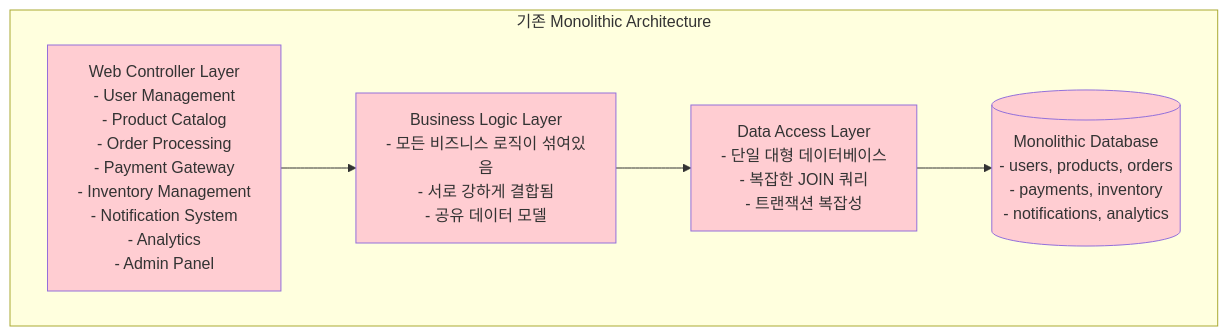
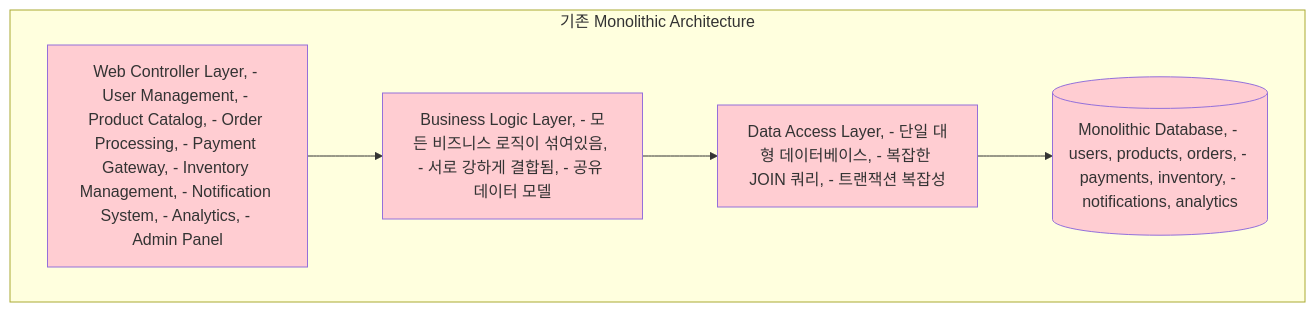
One commit to choru-k/choru-wiki changed the first of 2 diagrams in docs/cs/guide/chapter-16-system-design-patterns/01-microservices-architecture.md. Above: the diagram before and after it, drawn with Mermaid. The commit also changed other lines of this file and 26 other files, not shown here.

````diff
--- a/docs/cs/guide/chapter-16-system-design-patterns/01-microservices-architecture.md
+++ b/docs/cs/guide/chapter-16-system-design-patterns/01-microservices-architecture.md
@@ -64,21 +64,21 @@
 ```mermaid
 graph TD
     subgraph "기존 Monolithic Architecture"
-        M1[Web Controller Layer<br/>- User Management<br/>- Product Catalog<br/>- Order Processing<br/>- Payment Gateway<br/>- Inventory Management<br/>- Notification System<br/>- Analytics<br/>- Admin Panel]
+        M1[Web Controller Layer, - User Management, - Product Catalog, - Order Processing, - Payment Gateway, - Inventory Management, - Notification System, - Analytics, - Admin Panel]
         
-        M2[Business Logic Layer<br/>- 모든 비즈니스 로직이 섞여있음<br/>- 서로 강하게 결합됨<br/>- 공유 데이터 모델]
+        M2[Business Logic Layer, - 모든 비즈니스 로직이 섞여있음, - 서로 강하게 결합됨, - 공유 데이터 모델]
         
-        M3[Data Access Layer<br/>- 단일 대형 데이터베이스<br/>- 복잡한 JOIN 쿼리<br/>- 트랜잭션 복잡성]
+        M3[Data Access Layer, - 단일 대형 데이터베이스, - 복잡한 JOIN 쿼리, - 트랜잭션 복잡성]
         
-        DB[(Monolithic Database<br/>- users, products, orders<br/>- payments, inventory<br/>- notifications, analytics)]
+        DB[(Monolithic Database, - users, products, orders, - payments, inventory, - notifications, analytics)]
     end
     
     M1 --> M2
     M2 --> M3
     M3 --> DB
     
     style M1 fill:#ffcdd2
     style M2 fill:#ffcdd2
     style M3 fill:#ffcdd2
     style DB fill:#ffcdd2
 ```
````
